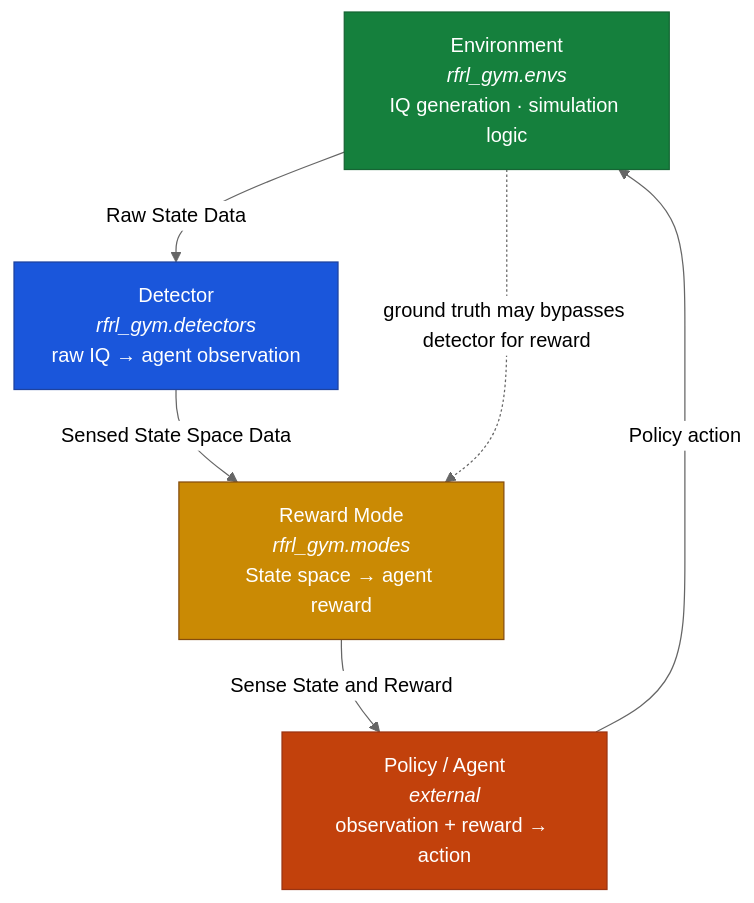
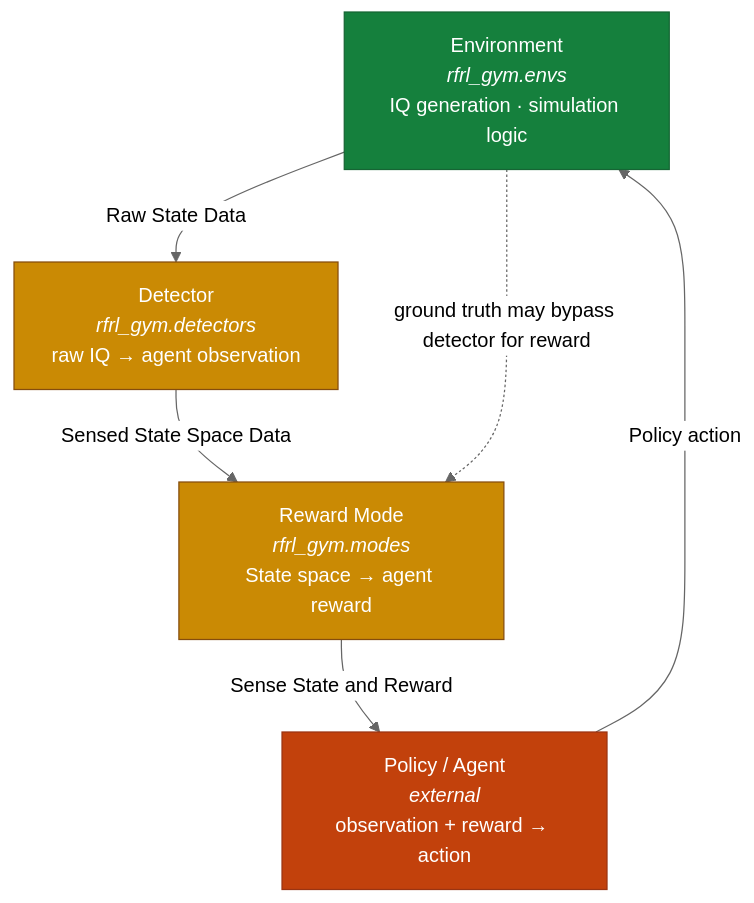
One commit to SLeathersII/rfrl changed the diagram in rfrl-gym-docs/docs/api_intro.md. Above: the diagram before and after it, drawn with Mermaid (neutral theme). The commit also changed other lines of this file, not shown here.

````diff
--- a/rfrl-gym-docs/docs/api_intro.md
+++ b/rfrl-gym-docs/docs/api_intro.md
@@ -49,18 +42,18 @@
 ```mermaid
 graph TD
     A["Environment<br/><i>rfrl_gym.envs</i><br/>IQ generation · simulation logic"]
     B["Detector<br/><i>rfrl_gym.detectors</i><br/>raw IQ → agent observation"]
     C["Reward Mode<br/><i>rfrl_gym.modes</i><br/>State space → agent reward"]
     D["Policy / Agent<br/><i>external</i><br/>observation + reward → action"]
 
     A -->|Raw State Data| B
     B -->|Sensed State Space Data| C
     C -->|Sense State and Reward| D
     D -->|Policy action| A
-    A -. "ground truth may bypasses detector for reward" .-> C
+    A -. "ground truth may bypass detector for reward" .-> C
 
-    style A fill:#15803d,stroke:#166534,color:#fff 
-    style B fill:#1a56db,stroke:#1e429f,color:#fff 
+    style A fill:#15803d,stroke:#166534,color:#fff
+    style B fill:#ca8a04,stroke:#854d0e,color:#fff
     style C fill:#ca8a04,stroke:#854d0e,color:#fff
-    style D fill:#c2410c,stroke:#9a3412,color:#fff 
+    style D fill:#c2410c,stroke:#9a3412,color:#fff
 ```
````
